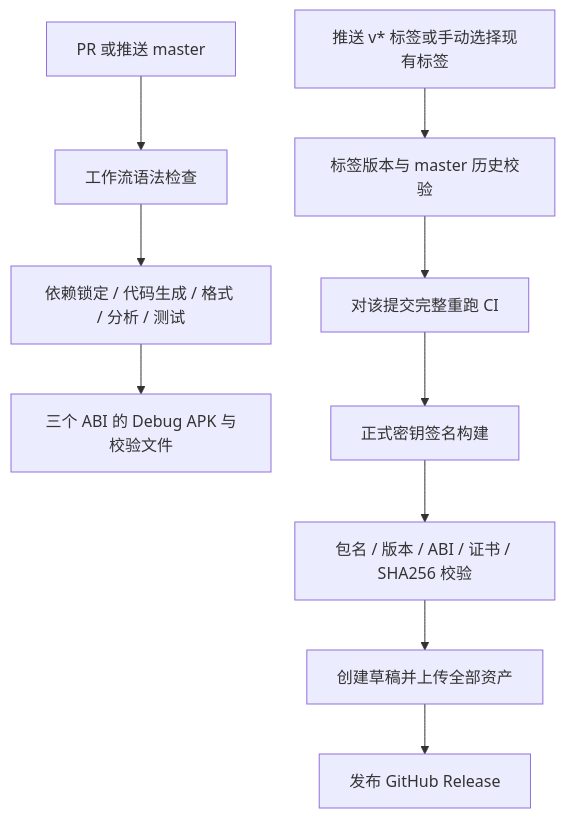
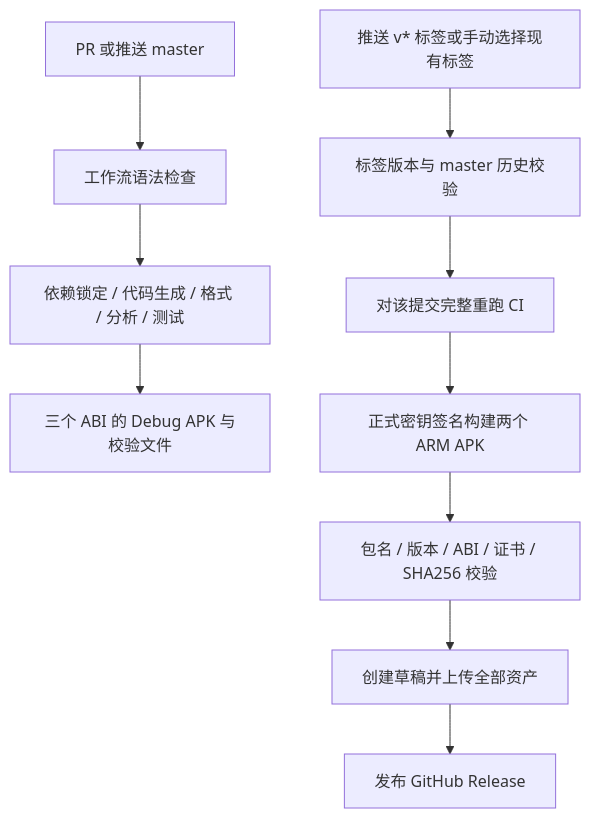
Before and after one commit to Brokenheart100/BlibiliTV: the diagram in docs/ci-cd.md, drawn with Mermaid. The commit also changed other lines of this file and 116 other files, not shown here.

````diff
--- a/docs/ci-cd.md
+++ b/docs/ci-cd.md
@@ -7,12 +7,12 @@
 ```mermaid
 flowchart TD
     A[PR 或推送 master] --> B[工作流语法检查]
     B --> C[依赖锁定 / 代码生成 / 格式 / 分析 / 测试]
     C --> D[三个 ABI 的 Debug APK 与校验文件]
     E[推送 v* 标签或手动选择现有标签] --> F[标签版本与 master 历史校验]
     F --> G[对该提交完整重跑 CI]
-    G --> H[正式密钥签名构建]
+    G --> H[正式密钥签名构建两个 ARM APK]
     H --> I[包名 / 版本 / ABI / 证书 / SHA256 校验]
     I --> J[创建草稿并上传全部资产]
     J --> K[发布 GitHub Release]
 ```
````
